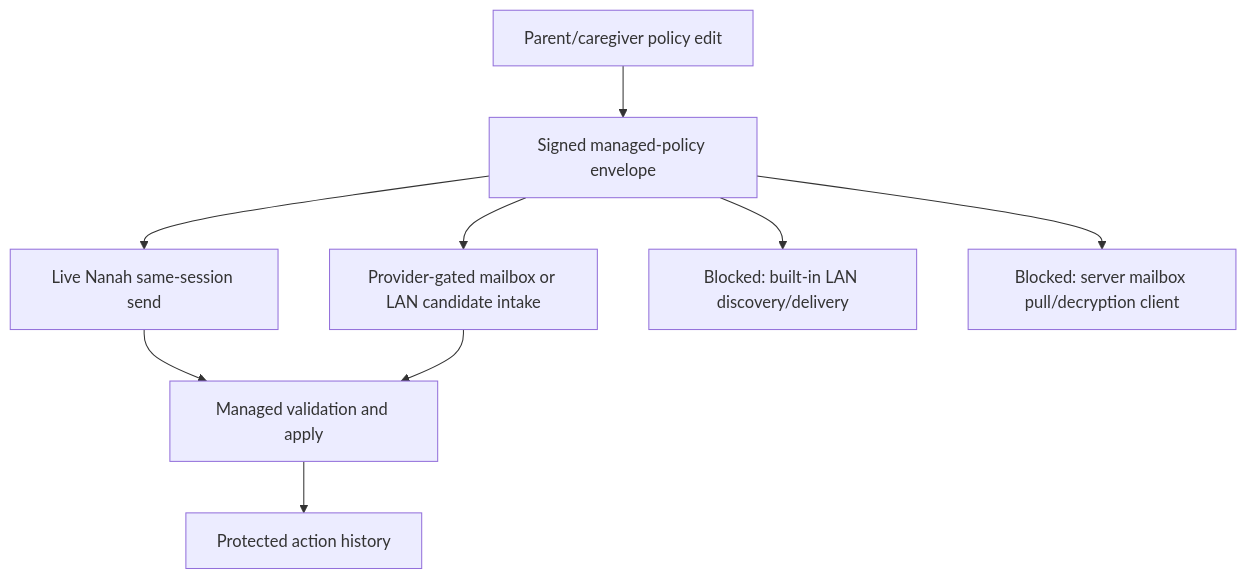
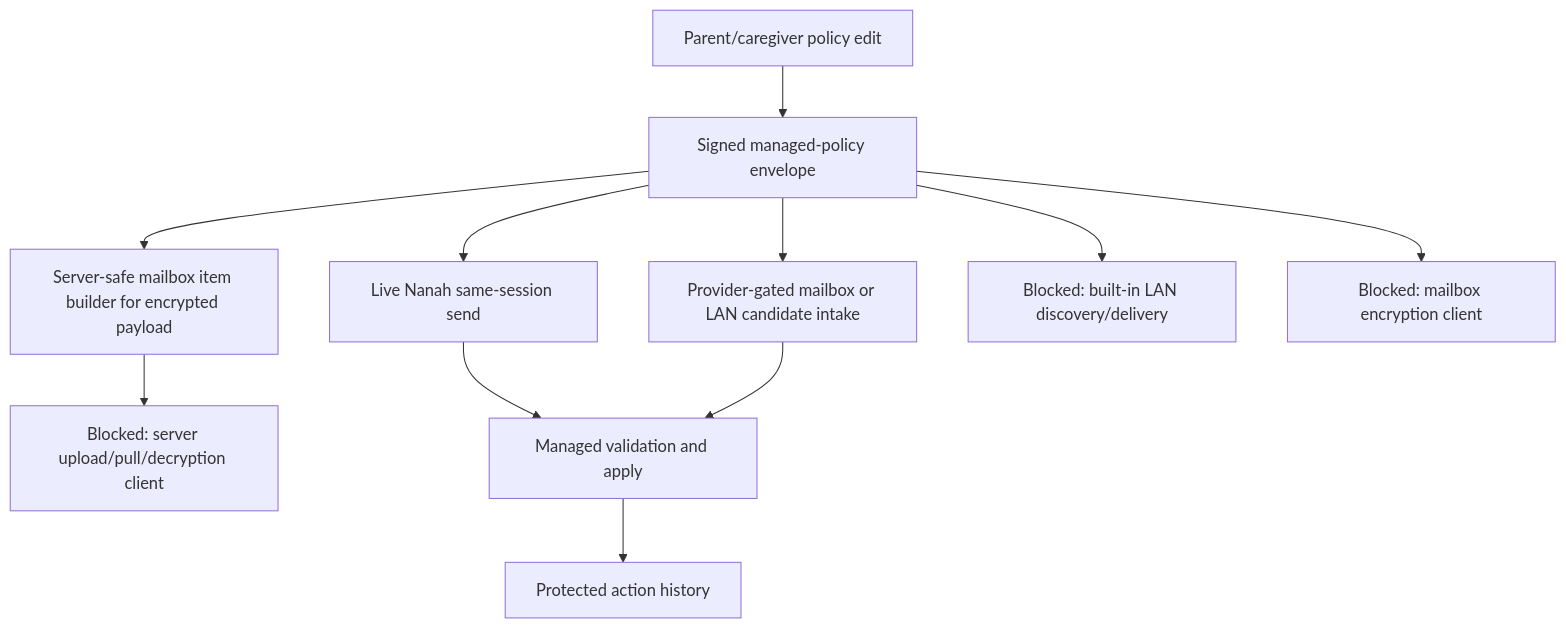
Before and after one commit to varshneydevansh/FilterTube: the diagram in docs/audit/FILTERTUBE_NANAH_MANAGED_POLICY_REMOTE_DELIVERY_RELEASE_READINESS_GATE_2026-06-05.md, drawn with Mermaid. The commit also changed other lines of this file and 36 other files, not shown here.

Commit message:
feat: add managed mailbox storage item builder

````diff
--- a/docs/audit/FILTERTUBE_NANAH_MANAGED_POLICY_REMOTE_DELIVERY_RELEASE_READINESS_GATE_2026-06-05.md
+++ b/docs/audit/FILTERTUBE_NANAH_MANAGED_POLICY_REMOTE_DELIVERY_RELEASE_READINESS_GATE_2026-06-05.md
@@ -43,11 +46,13 @@
 ```mermaid
 flowchart TD
   A["Parent/caregiver policy edit"] --> B["Signed managed-policy envelope"]
   B --> C["Live Nanah same-session send"]
-  B --> D["Provider-gated mailbox or LAN candidate intake"]
+  B --> D["Server-safe mailbox item builder for encrypted payload"]
+  D --> I["Blocked: server upload/pull/decryption client"]
+  B --> J["Provider-gated mailbox or LAN candidate intake"]
   C --> E["Managed validation and apply"]
-  D --> E
+  J --> E
   E --> F["Protected action history"]
   B --> G["Blocked: built-in LAN discovery/delivery"]
-  B --> H["Blocked: server mailbox pull/decryption client"]
+  B --> H["Blocked: mailbox encryption client"]
 ```
````
